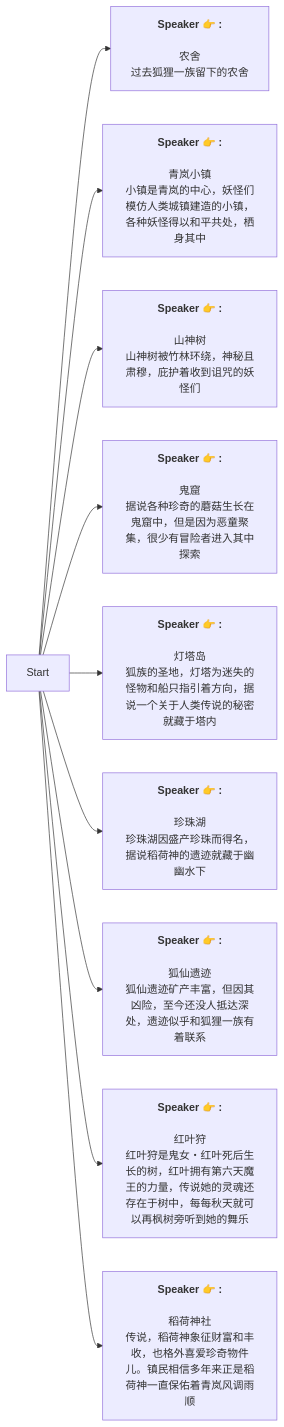
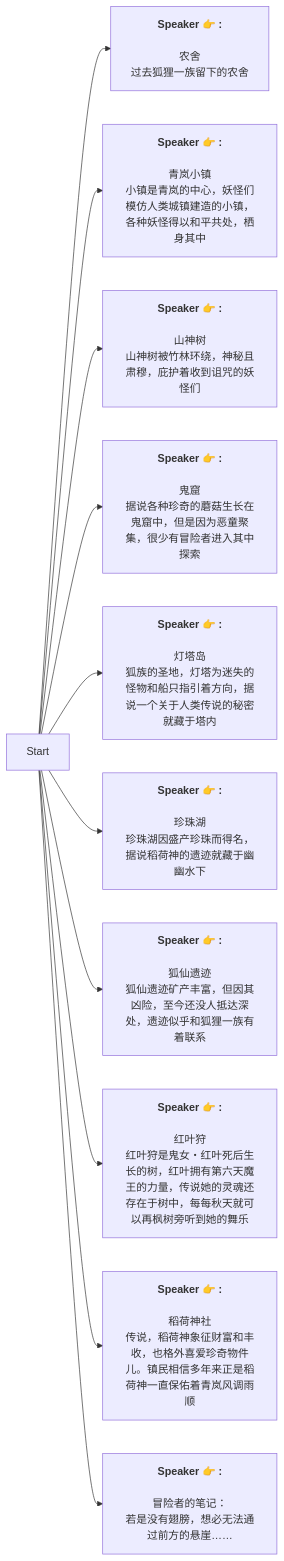
One commit to SoftHu/tos_avg changed the diagram in Zh/RoadSigns.md. Above: the diagram before and after it, drawn with Mermaid. The commit also changed 780 other files, not shown here.

````diff
--- a/Zh/RoadSigns.md
+++ b/Zh/RoadSigns.md
@@ -1,31 +1,34 @@
 ```mermaid
 graph LR
 Start -->1774189677612389[<b>Speaker 👉 :</b>
 \n农舍
 过去狐狸一族留下的农舍]
 Start -->1774189691757927[<b>Speaker 👉 :</b>
 \n青岚小镇
 小镇是青岚的中心，妖怪们模仿人类城镇建造的小镇，各种妖怪得以和平共处，栖身其中]
 Start -->1774189705340265[<b>Speaker 👉 :</b>
 \n山神树
 山神树被竹林环绕，神秘且肃穆，庇护着收到诅咒的妖怪们]
 Start -->1774189719104875[<b>Speaker 👉 :</b>
 \n鬼窟
 据说各种珍奇的蘑菇生长在鬼窟中，但是因为恶童聚集，很少有冒险者进入其中探索]
 Start -->1774189780885869[<b>Speaker 👉 :</b>
 \n灯塔岛
 狐族的圣地，灯塔为迷失的怪物和船只指引着方向，据说一个关于人类传说的秘密就藏于塔内]
 Start -->1774189828753775[<b>Speaker 👉 :</b>
 \n珍珠湖
 珍珠湖因盛产珍珠而得名，据说稻荷神的遗迹就藏于幽幽水下]
 Start -->1774189835710833[<b>Speaker 👉 :</b>
 \n狐仙遗迹
 狐仙遗迹矿产丰富，但因其凶险，至今还没人抵达深处，遗迹似乎和狐狸一族有着联系]
 Start -->1774190276512115[<b>Speaker 👉 :</b>
 \n红叶狩
 红叶狩是鬼女・红叶死后生长的树，红叶拥有第六天魔王的力量，传说她的灵魂还存在于树中，每每秋天就可以再枫树旁听到她的舞乐]
 Start -->1774190287572341[<b>Speaker 👉 :</b>
 \n稻荷神社
 传说，稻荷神象征财富和丰收，也格外喜爱珍奇物件儿。镇民相信多年来正是稻荷神一直保佑着青岚风调雨顺]
+Start -->1775708742261136[<b>Speaker 👉 :</b>
+\n冒险者的笔记：
+若是没有翅膀，想必无法通过前方的悬崖……]
 
 ```
````
